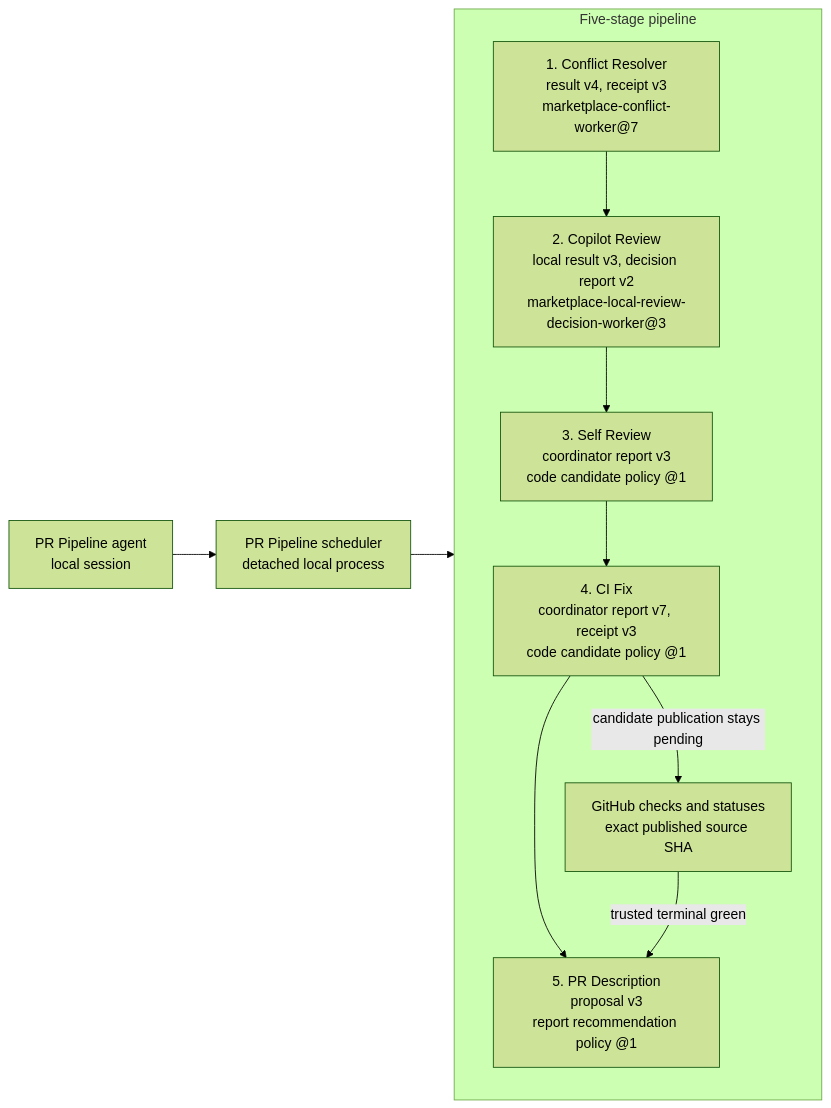
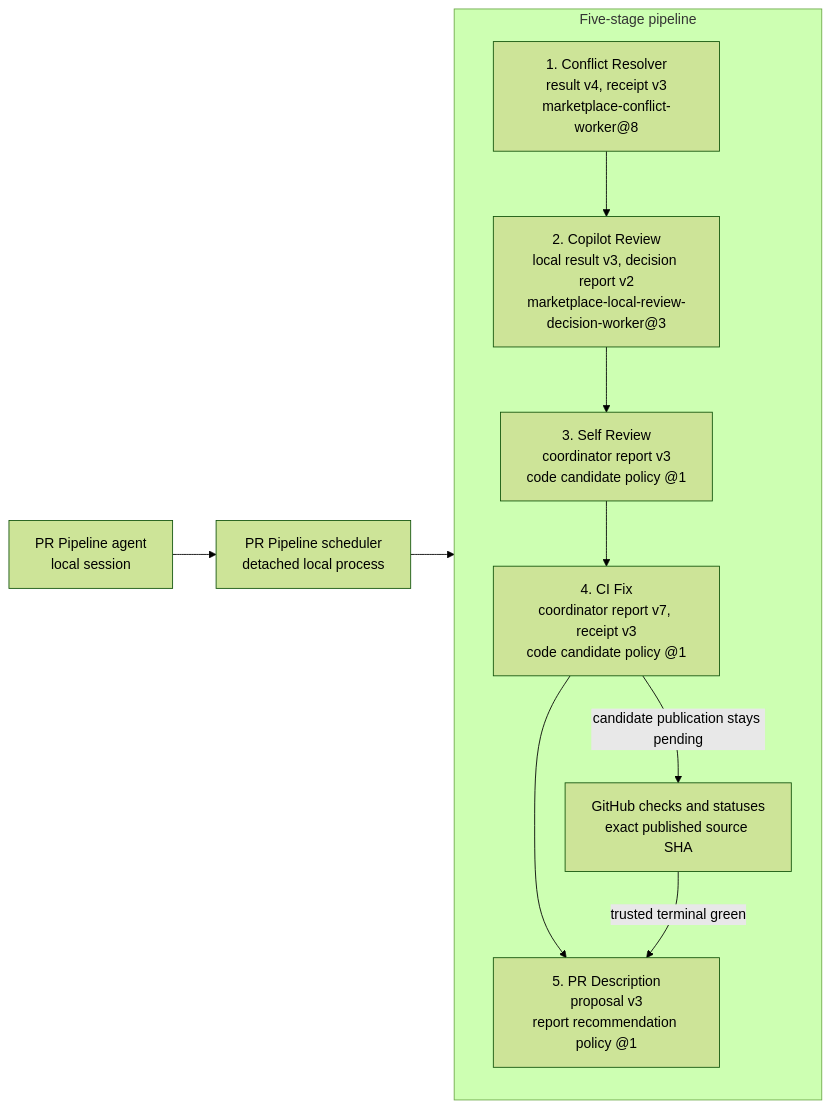
The diagram in plugins/pr-pipeline/README.md (trask/copilot-plugins), drawn with Mermaid (forest theme) before and after one commit. The commit also changed 3 other files, not shown here.

````diff
--- a/plugins/pr-pipeline/README.md
+++ b/plugins/pr-pipeline/README.md
@@ -5,22 +5,22 @@
 ```mermaid
 flowchart LR
     agent["PR Pipeline agent<br/>local session"]
     scheduler["PR Pipeline scheduler<br/>detached local process"]
     agent --> scheduler
 
     subgraph pipeline["Five-stage pipeline"]
         direction TB
-        conflict["1. Conflict Resolver<br/>result v4, receipt v3<br/>marketplace-conflict-worker@7"]
+        conflict["1. Conflict Resolver<br/>result v4, receipt v3<br/>marketplace-conflict-worker@8"]
         copilotReview["2. Copilot Review<br/>local result v3, decision report v2<br/>marketplace-local-review-decision-worker@3"]
         selfReview["3. Self Review<br/>coordinator report v3<br/>code candidate policy @1"]
         ci["4. CI Fix<br/>coordinator report v7, receipt v3<br/>code candidate policy @1"]
         description["5. PR Description<br/>proposal v3<br/>report recommendation policy @1"]
         checks["GitHub checks and statuses<br/>exact published source SHA"]
 
         conflict --> copilotReview --> selfReview --> ci --> description
         ci -->|"candidate publication stays pending"| checks
         checks -->|"trusted terminal green"| description
     end
 
     scheduler --> conflict
 ```
````
